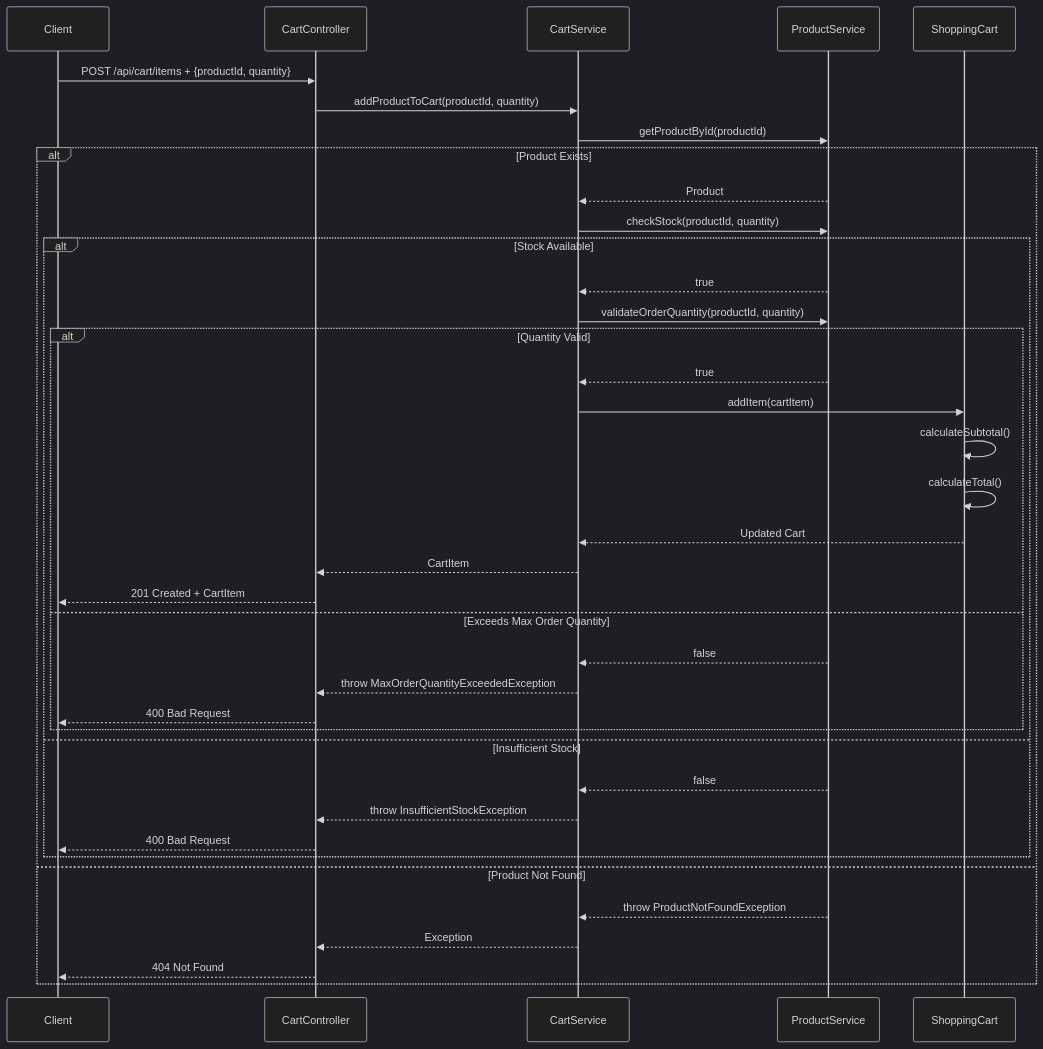
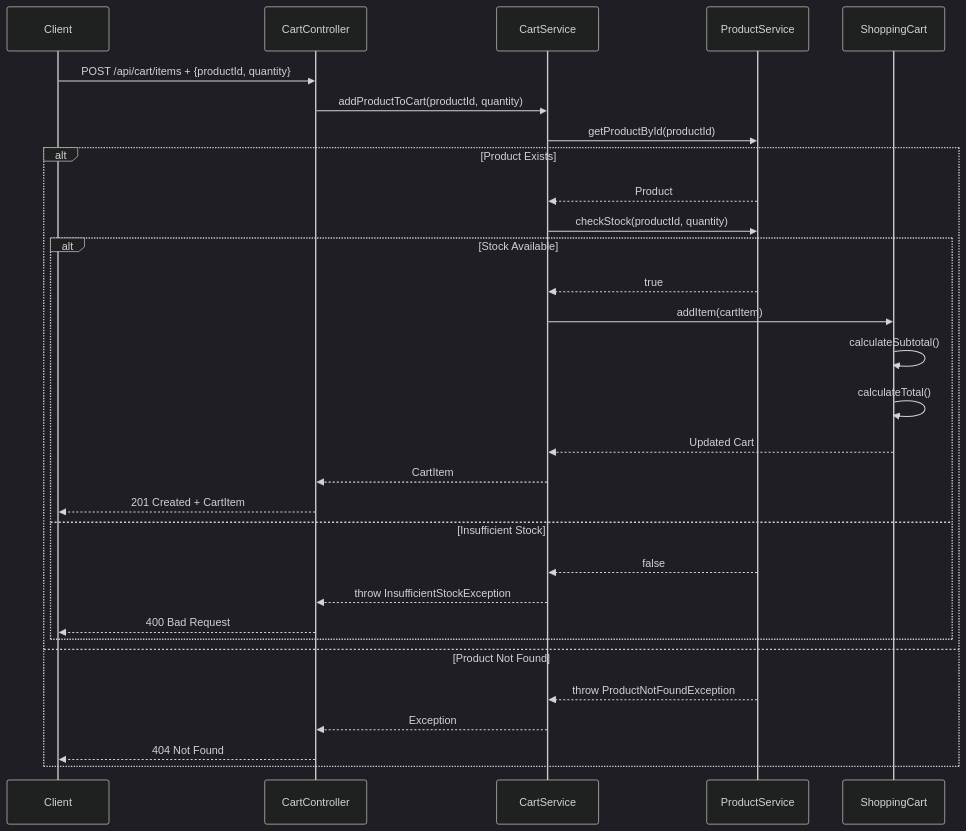
One commit to NavneetBN47/aava-ecom-demo changed the tenth of 17 diagrams in docs/LLD/lld.md. Above: the diagram before and after it, drawn with Mermaid (dark theme). The commit also changed other lines of this file, not shown here.

````diff
--- a/docs/LLD/lld.md
+++ b/docs/LLD/lld.md
@@ -454,44 +452,35 @@
 ```mermaid
 sequenceDiagram
     participant Client
     participant CartController
     participant CartService
     participant ProductService
     participant ShoppingCart
 
     Client->>CartController: POST /api/cart/items + {productId, quantity}
     CartController->>CartService: addProductToCart(productId, quantity)
     CartService->>ProductService: getProductById(productId)
     
     alt Product Exists
         ProductService-->>CartService: Product
         CartService->>ProductService: checkStock(productId, quantity)
         
         alt Stock Available
             ProductService-->>CartService: true
-            CartService->>ProductService: validateOrderQuantity(productId, quantity)
-            
-            alt Quantity Valid
-                ProductService-->>CartService: true
-                CartService->>ShoppingCart: addItem(cartItem)
-                ShoppingCart->>ShoppingCart: calculateSubtotal()
-                ShoppingCart->>ShoppingCart: calculateTotal()
-                ShoppingCart-->>CartService: Updated Cart
-                CartService-->>CartController: CartItem
-                CartController-->>Client: 201 Created + CartItem
-            else Exceeds Max Order Quantity
-                ProductService-->>CartService: false
-                CartService-->>CartController: throw MaxOrderQuantityExceededException
-                CartController-->>Client: 400 Bad Request
-            end
+            CartService->>ShoppingCart: addItem(cartItem)
+            ShoppingCart->>ShoppingCart: calculateSubtotal()
+            ShoppingCart->>ShoppingCart: calculateTotal()
+            ShoppingCart-->>CartService: Updated Cart
+            CartService-->>CartController: CartItem
+            CartController-->>Client: 201 Created + CartItem
         else Insufficient Stock
             ProductService-->>CartService: false
             CartService-->>CartController: throw InsufficientStockException
             CartController-->>Client: 400 Bad Request
         end
     else Product Not Found
         ProductService-->>CartService: throw ProductNotFoundException
         CartService-->>CartController: Exception
         CartController-->>Client: 404 Not Found
     end
 ```
````
